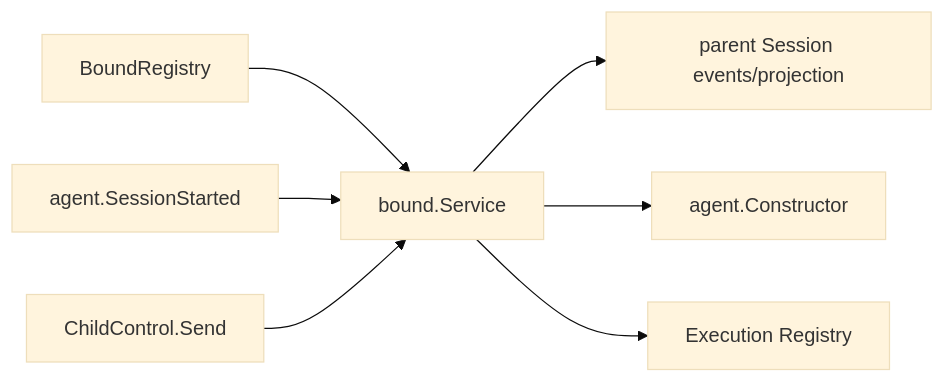
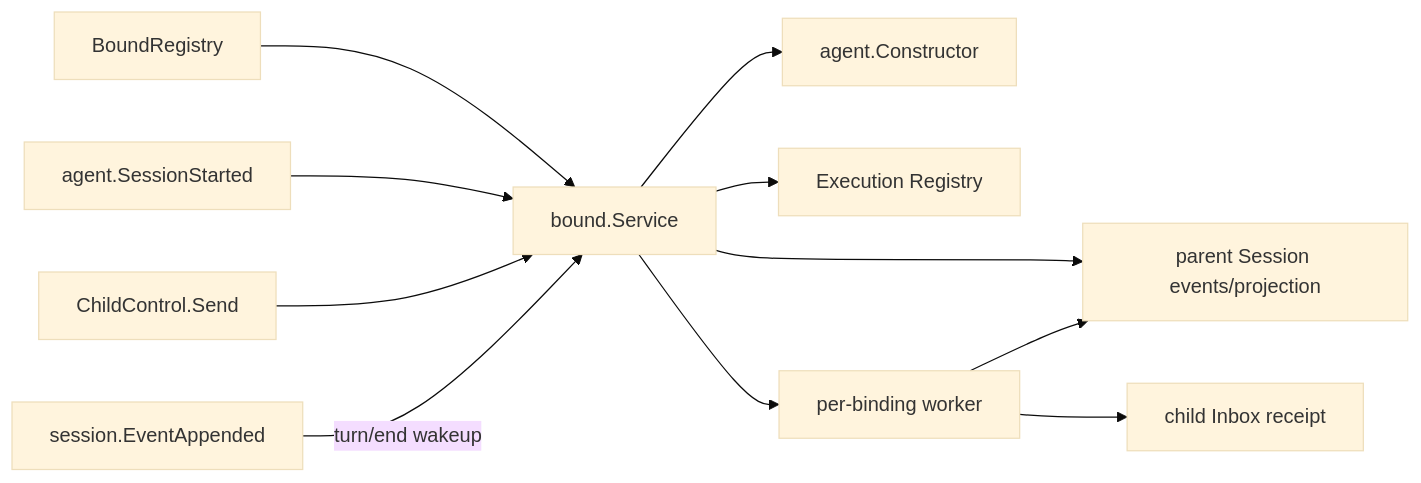
One commit to gorenx/goren changed the diagram in subagent/internal/bound/README.zh-CN.md. Above: the diagram before and after it, drawn with Mermaid (base theme). The commit also changed other lines of this file and 9 other files, not shown here.

````diff
--- a/subagent/internal/bound/README.zh-CN.md
+++ b/subagent/internal/bound/README.zh-CN.md
@@ -5,9 +5,13 @@
 ```mermaid
 flowchart LR
     Registry[BoundRegistry] --> Bound[bound.Service]
     Started[agent.SessionStarted] --> Bound
     Send[ChildControl.Send] --> Bound
+    Event[session.EventAppended] -->|turn/end wakeup| Bound
     Bound --> Parent[parent Session events/projection]
     Bound --> Constructor[agent.Constructor]
     Bound --> Execution[Execution Registry]
+    Bound --> Worker[per-binding worker]
+    Worker --> Child[child Inbox receipt]
+    Worker --> Parent
 ```
````
